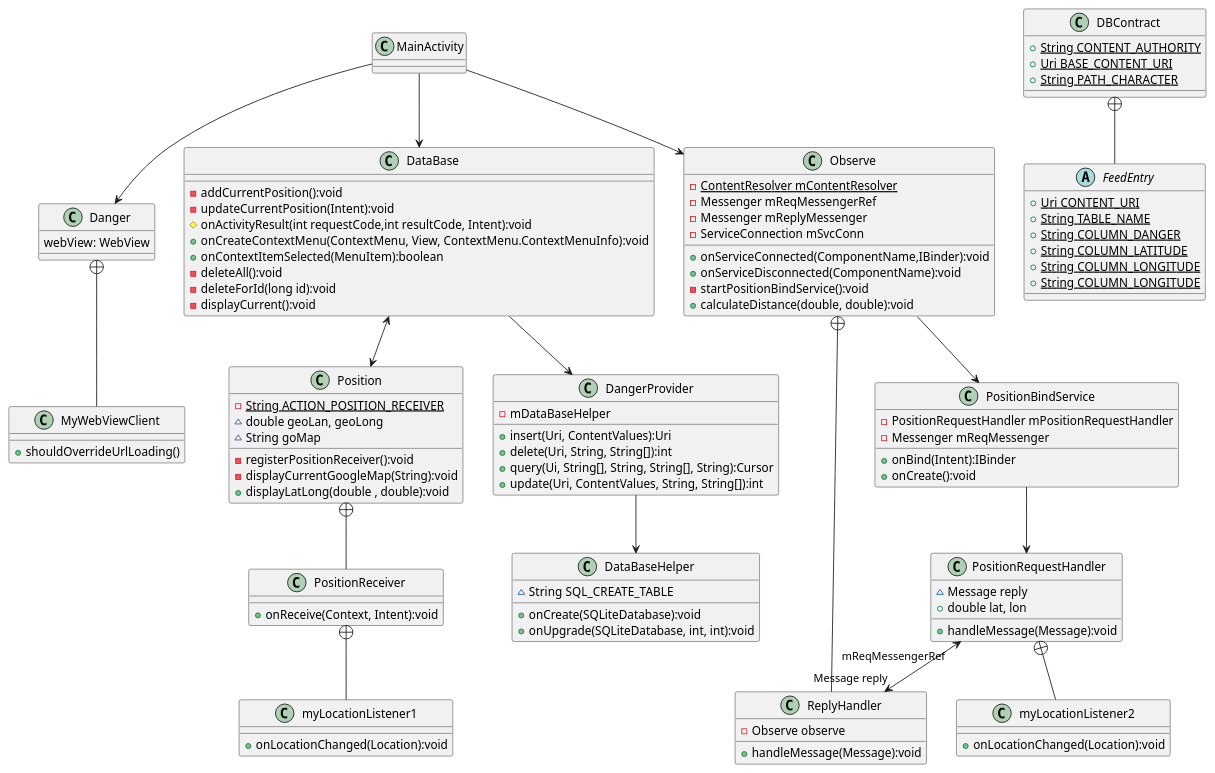
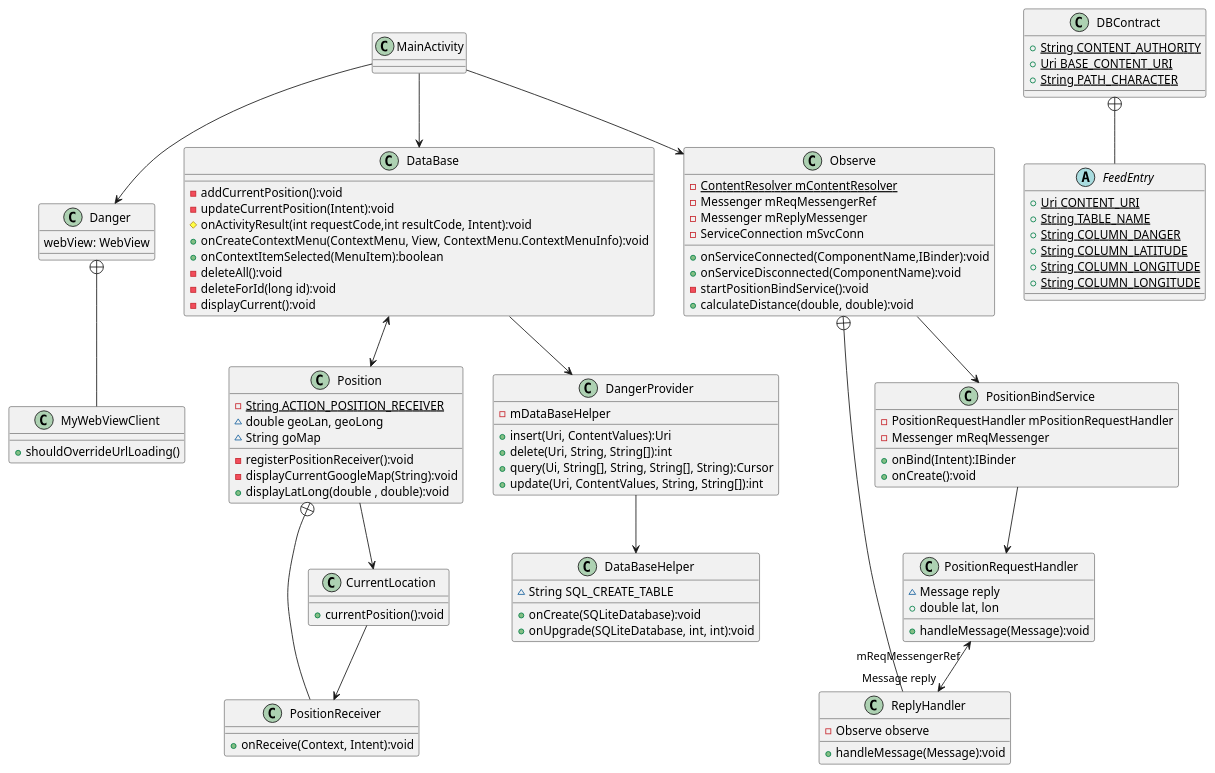
Before and after one commit to AlexYach1973/Capstone: the diagram in app/src/main/java/org/coursera/sustainableapps/caostoneproject/UML diagram.puml, drawn with PlantUML. The commit also changed 3 other files, not shown here.

```diff
--- a/app/src/main/java/org/coursera/sustainableapps/caostoneproject/UML diagram.puml
+++ b/app/src/main/java/org/coursera/sustainableapps/caostoneproject/UML diagram.puml
@@ -1,122 +1,115 @@
 @startuml
 'https://plantuml.com/class-diagram
 
 class MainActivity
 class Danger {
  webView: WebView
 }
 
 class MyWebViewClient {
  +shouldOverrideUrlLoading()
 }
 
 class DataBase {
 - addCurrentPosition():void
 - updateCurrentPosition(Intent):void
 # onActivityResult(int requestCode,int resultCode, Intent):void
 + onCreateContextMenu(ContextMenu, View, ContextMenu.ContextMenuInfo):void
 + onContextItemSelected(MenuItem):boolean
 - deleteAll():void
 - deleteForId(long id):void
 - displayCurrent():void
 }
 
 class Observe {
 - {static} ContentResolver mContentResolver
 - Messenger mReqMessengerRef
 -  Messenger mReplyMessenger
 - ServiceConnection mSvcConn
 + onServiceConnected(ComponentName,IBinder):void
 + onServiceDisconnected(ComponentName):void
 - startPositionBindService():void
 + calculateDistance(double, double):void
 }
 
 class ReplyHandler {
 - Observe observe
 + handleMessage(Message):void
 }
 
 class PositionBindService {
 - PositionRequestHandler mPositionRequestHandler
 - Messenger mReqMessenger
 + onBind(Intent):IBinder
 + onCreate():void
 }
 
 class PositionRequestHandler {
 ~ Message reply
 + double lat, lon
 + handleMessage(Message):void
 }
 
-class myLocationListener2 {
-+ onLocationChanged(Location):void
-}
-
 class Position {
 - {static} String ACTION_POSITION_RECEIVER
 ~ double geoLan, geoLong
 ~ String goMap
 - registerPositionReceiver():void
 - displayCurrentGoogleMap(String):void
 + displayLatLong(double , double):void
 }
 
 class PositionReceiver {
 +  onReceive(Context, Intent):void
 }
 
-class myLocationListener1 {
-+ onLocationChanged(Location):void
+class CurrentLocation {
++ currentPosition():void
 }
 
 class DataBaseHelper {
 ~ String SQL_CREATE_TABLE
 + onCreate(SQLiteDatabase):void
 + onUpgrade(SQLiteDatabase, int, int):void
 }
 
 class DangerProvider {
 - mDataBaseHelper
 + insert(Uri, ContentValues):Uri
 + delete(Uri, String, String[]):int
 + query(Ui, String[], String, String[], String):Cursor
 + update(Uri, ContentValues, String, String[]):int
 }
 
 class DBContract {
 + {static} String CONTENT_AUTHORITY
 + {static} Uri BASE_CONTENT_URI
 + {static} String PATH_CHARACTER
 }
 
 abstract class FeedEntry {
 + {static} Uri CONTENT_URI
 + {static} String TABLE_NAME
 + {static} String COLUMN_DANGER
 + {static} String COLUMN_LATITUDE
 + {static} String COLUMN_LONGITUDE
 + {static} String COLUMN_LONGITUDE
 }
 
 MainActivity --> Danger
 MainActivity --> Observe
 MainActivity --> DataBase
 DataBase <--> Position
 DataBase --> DangerProvider
 DBContract +-- FeedEntry
 Position +-- PositionReceiver
 Observe +-- ReplyHandler
 Observe --> PositionBindService
 PositionBindService --> PositionRequestHandler
 PositionRequestHandler "mReqMessengerRef" <--> "Message reply" ReplyHandler
 DangerProvider --> DataBaseHelper
 Danger +-- MyWebViewClient
-PositionReceiver +-- myLocationListener1
-PositionRequestHandler +-- myLocationListener2
-
-
-
+Position --> CurrentLocation
+CurrentLocation --> PositionReceiver
 
 @enduml
```
